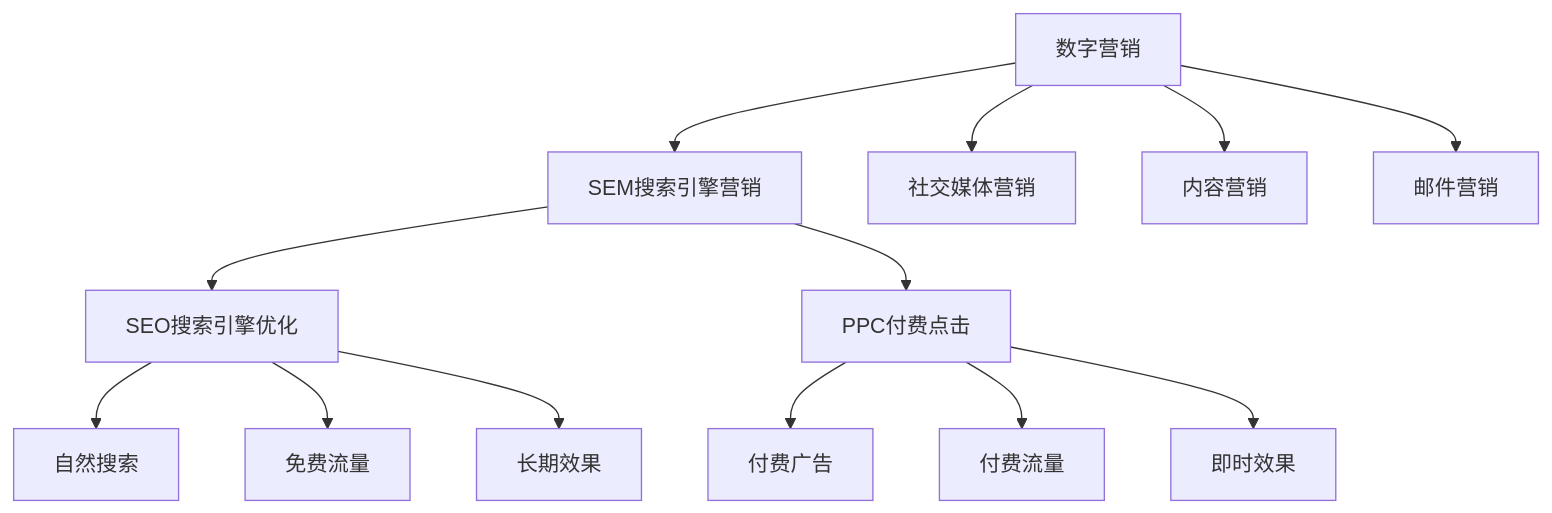
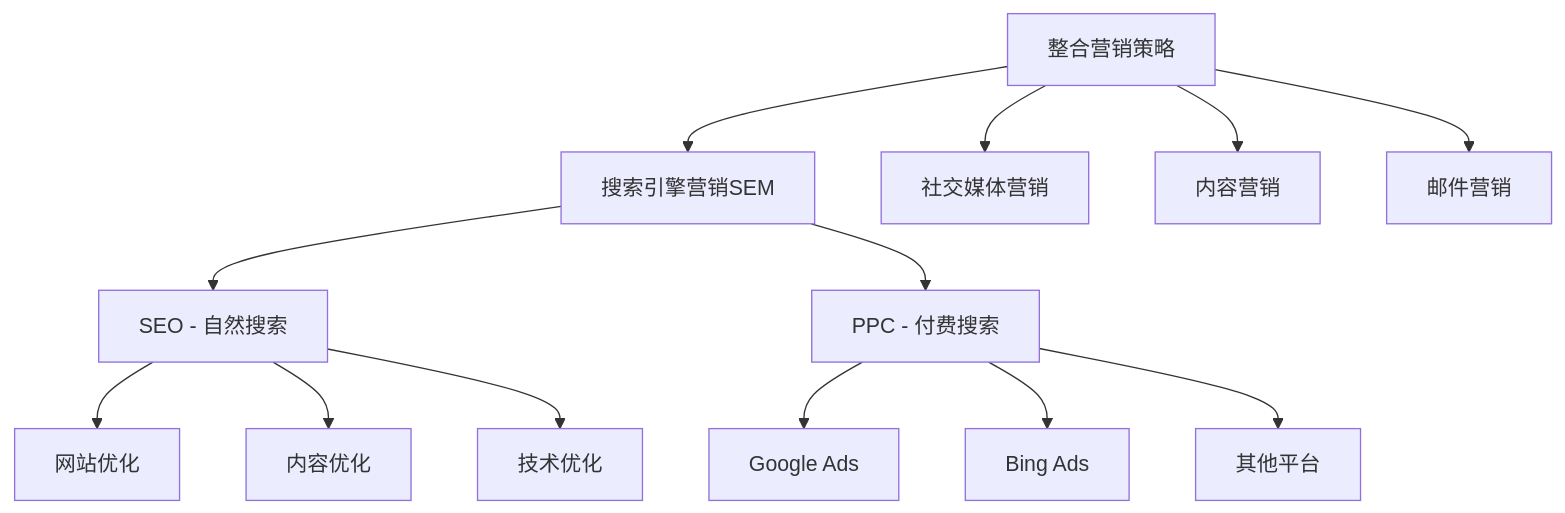
Before and after one commit to Anping2017/obsidian: the first of 6 diagrams in Google SEO/01-认知层-基础概念/1.1-SEO基础/04-SEO与SEM关系.md, drawn with Mermaid. The commit also changed other lines of this file and 75 other files, not shown here.

````diff
--- a/Google SEO/01-认知层-基础概念/1.1-SEO基础/04-SEO与SEM关系.md
+++ b/Google SEO/01-认知层-基础概念/1.1-SEO基础/04-SEO与SEM关系.md
@@ -25,18 +21,18 @@
 ```mermaid
 graph TD
-    A[SEM搜索引擎营销] --> B[SEO搜索引擎优化]
-    A --> C[PPC付费点击]
+    A[搜索引擎营销SEM] --> B[SEO - 自然搜索]
+    A --> C[PPC - 付费搜索]
     
-    B --> B1[自然搜索]
-    B --> B2[免费流量]
-    B --> B3[长期效果]
+    B --> B1[网站优化]
+    B --> B2[内容优化]
+    B --> B3[技术优化]
     
-    C --> C1[付费广告]
-    C --> C2[付费流量]
-    C --> C3[即时效果]
+    C --> C1[Google Ads]
+    C --> C2[Bing Ads]
+    C --> C3[其他平台]
     
-    D[数字营销] --> A
+    D[整合营销策略] --> A
     D --> E[社交媒体营销]
     D --> F[内容营销]
     D --> G[邮件营销]
 ```
````
